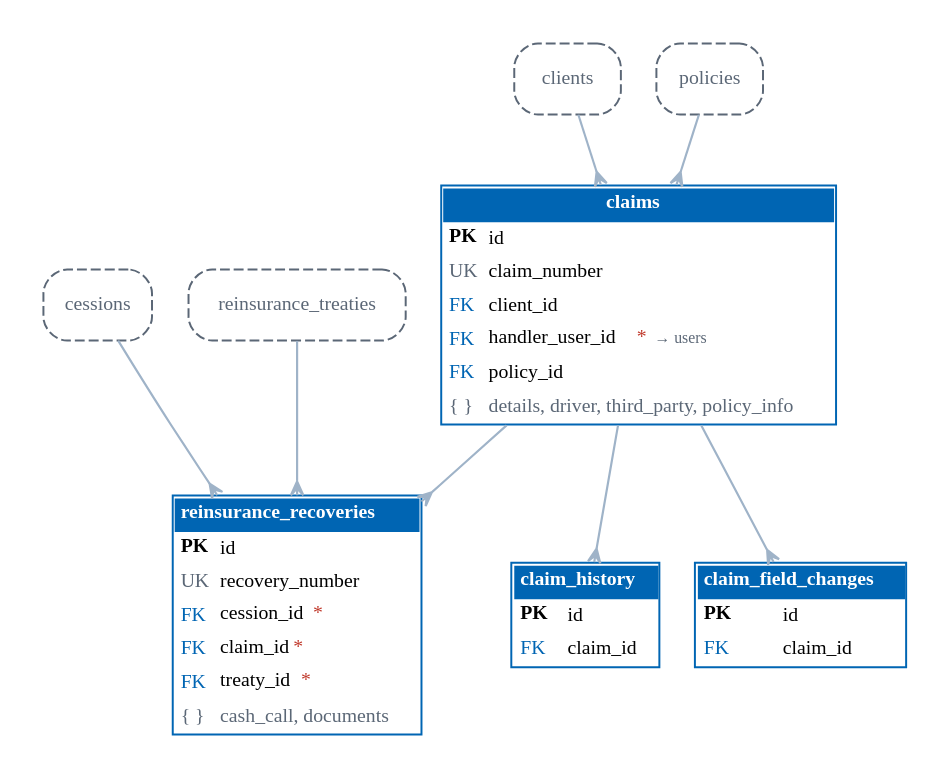
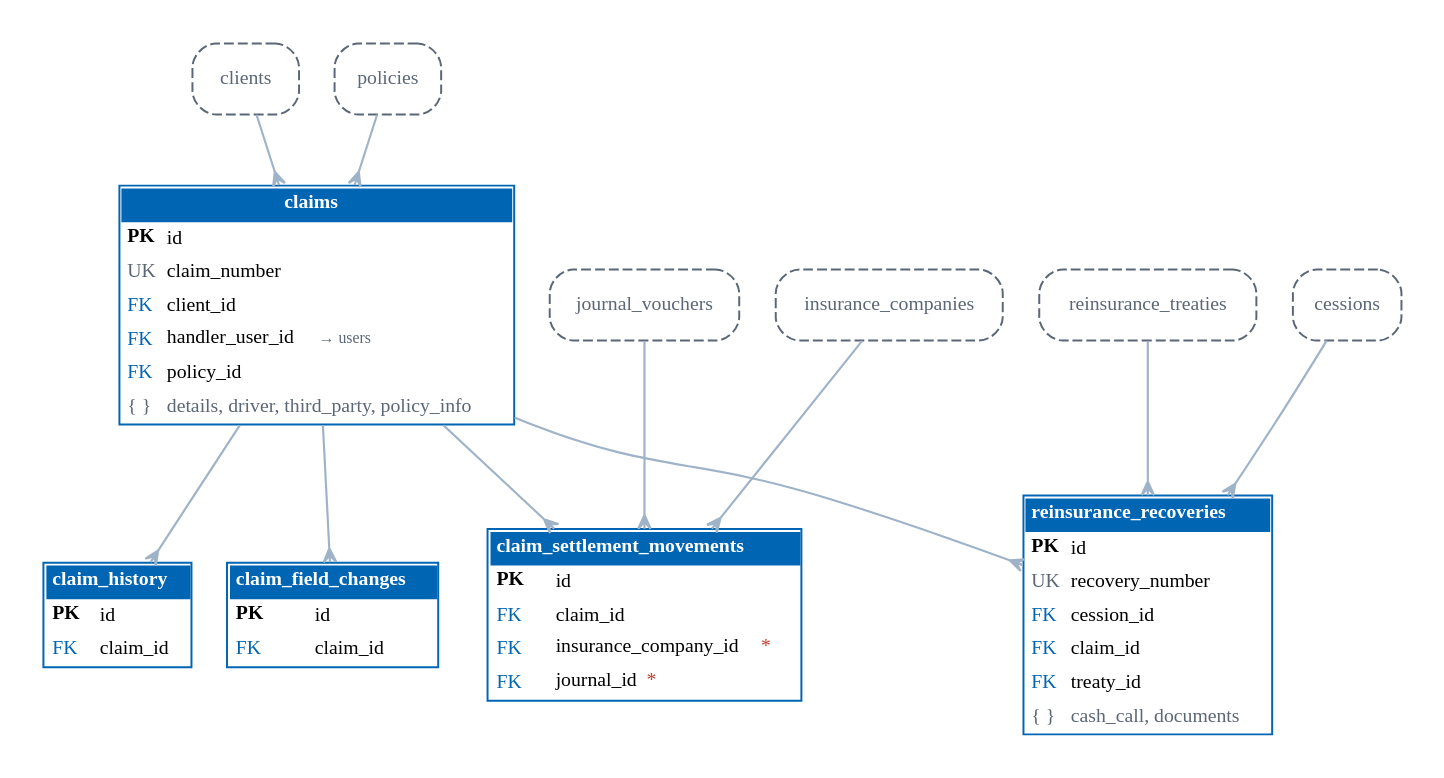
The diagram in docs/architecture/diagrams/er_claims.dot (IortaTexhNXT-DEV/BDOI-OOTB), drawn with Graphviz before and after one commit. The commit also changed 47 other files, not shown here.

First line of the commit message:
Architecture: refresh the database snapshot, table catalogue and ER diagrams

```diff
--- a/docs/architecture/diagrams/er_claims.dot
+++ b/docs/architecture/diagrams/er_claims.dot
@@ -1,21 +1,27 @@
 // Generated by tools/render_diagrams.py from tools/data/db_snapshot.json: Claims. Do not edit by hand.
 digraph ER {
   graph [rankdir=TB, splines=true, nodesep=0.25, ranksep=0.5, fontname="Nunito", bgcolor="white", pad=0.2, pack=true, packmode="array_u3"];
   node [shape=plain, fontname="Nunito", fontsize=10];
   edge [color="#9FB3C8", arrowhead=crow, arrowtail=none, dir=both, arrowsize=0.7, penwidth=1.1];
-  "claims" [label=<<table border="1" cellborder="0" cellspacing="0" cellpadding="3" color="#0065B3"><tr><td colspan="2" bgcolor="#0065B3"><font color="white"><b>claims</b></font></td></tr><tr><td align="left" balign="left"><b>PK</b></td><td align="left">id</td></tr><tr><td align="left"><font color="#5B6776">UK</font></td><td align="left">claim_number</td></tr><tr><td align="left"><font color="#0065B3">FK</font></td><td align="left">client_id</td></tr><tr><td align="left"><font color="#0065B3">FK</font></td><td align="left">handler_user_id<font color="#C0392B">*</font> <font color="#5B6776" point-size="8">&#8594; users</font></td></tr><tr><td align="left"><font color="#0065B3">FK</font></td><td align="left">policy_id</td></tr><tr><td align="left"><font color="#5B6776">{ }</font></td><td align="left"><font color="#5B6776">details, driver, third_party, policy_info</font></td></tr></table>>];
+  "claims" [label=<<table border="1" cellborder="0" cellspacing="0" cellpadding="3" color="#0065B3"><tr><td colspan="2" bgcolor="#0065B3"><font color="white"><b>claims</b></font></td></tr><tr><td align="left" balign="left"><b>PK</b></td><td align="left">id</td></tr><tr><td align="left"><font color="#5B6776">UK</font></td><td align="left">claim_number</td></tr><tr><td align="left"><font color="#0065B3">FK</font></td><td align="left">client_id</td></tr><tr><td align="left"><font color="#0065B3">FK</font></td><td align="left">handler_user_id <font color="#5B6776" point-size="8">&#8594; users</font></td></tr><tr><td align="left"><font color="#0065B3">FK</font></td><td align="left">policy_id</td></tr><tr><td align="left"><font color="#5B6776">{ }</font></td><td align="left"><font color="#5B6776">details, driver, third_party, policy_info</font></td></tr></table>>];
   "claim_history" [label=<<table border="1" cellborder="0" cellspacing="0" cellpadding="3" color="#0065B3"><tr><td colspan="2" bgcolor="#0065B3"><font color="white"><b>claim_history</b></font></td></tr><tr><td align="left" balign="left"><b>PK</b></td><td align="left">id</td></tr><tr><td align="left"><font color="#0065B3">FK</font></td><td align="left">claim_id</td></tr></table>>];
   "claim_field_changes" [label=<<table border="1" cellborder="0" cellspacing="0" cellpadding="3" color="#0065B3"><tr><td colspan="2" bgcolor="#0065B3"><font color="white"><b>claim_field_changes</b></font></td></tr><tr><td align="left" balign="left"><b>PK</b></td><td align="left">id</td></tr><tr><td align="left"><font color="#0065B3">FK</font></td><td align="left">claim_id</td></tr></table>>];
-  "reinsurance_recoveries" [label=<<table border="1" cellborder="0" cellspacing="0" cellpadding="3" color="#0065B3"><tr><td colspan="2" bgcolor="#0065B3"><font color="white"><b>reinsurance_recoveries</b></font></td></tr><tr><td align="left" balign="left"><b>PK</b></td><td align="left">id</td></tr><tr><td align="left"><font color="#5B6776">UK</font></td><td align="left">recovery_number</td></tr><tr><td align="left"><font color="#0065B3">FK</font></td><td align="left">cession_id<font color="#C0392B">*</font></td></tr><tr><td align="left"><font color="#0065B3">FK</font></td><td align="left">claim_id<font color="#C0392B">*</font></td></tr><tr><td align="left"><font color="#0065B3">FK</font></td><td align="left">treaty_id<font color="#C0392B">*</font></td></tr><tr><td align="left"><font color="#5B6776">{ }</font></td><td align="left"><font color="#5B6776">cash_call, documents</font></td></tr></table>>];
+  "claim_settlement_movements" [label=<<table border="1" cellborder="0" cellspacing="0" cellpadding="3" color="#0065B3"><tr><td colspan="2" bgcolor="#0065B3"><font color="white"><b>claim_settlement_movements</b></font></td></tr><tr><td align="left" balign="left"><b>PK</b></td><td align="left">id</td></tr><tr><td align="left"><font color="#0065B3">FK</font></td><td align="left">claim_id</td></tr><tr><td align="left"><font color="#0065B3">FK</font></td><td align="left">insurance_company_id<font color="#C0392B">*</font></td></tr><tr><td align="left"><font color="#0065B3">FK</font></td><td align="left">journal_id<font color="#C0392B">*</font></td></tr></table>>];
+  "reinsurance_recoveries" [label=<<table border="1" cellborder="0" cellspacing="0" cellpadding="3" color="#0065B3"><tr><td colspan="2" bgcolor="#0065B3"><font color="white"><b>reinsurance_recoveries</b></font></td></tr><tr><td align="left" balign="left"><b>PK</b></td><td align="left">id</td></tr><tr><td align="left"><font color="#5B6776">UK</font></td><td align="left">recovery_number</td></tr><tr><td align="left"><font color="#0065B3">FK</font></td><td align="left">cession_id</td></tr><tr><td align="left"><font color="#0065B3">FK</font></td><td align="left">claim_id</td></tr><tr><td align="left"><font color="#0065B3">FK</font></td><td align="left">treaty_id</td></tr><tr><td align="left"><font color="#5B6776">{ }</font></td><td align="left"><font color="#5B6776">cash_call, documents</font></td></tr></table>>];
   "cessions" [shape=box, style="rounded,dashed", color="#5B6776", fontcolor="#5B6776", label="cessions"];
   "clients" [shape=box, style="rounded,dashed", color="#5B6776", fontcolor="#5B6776", label="clients"];
+  "insurance_companies" [shape=box, style="rounded,dashed", color="#5B6776", fontcolor="#5B6776", label="insurance_companies"];
+  "journal_vouchers" [shape=box, style="rounded,dashed", color="#5B6776", fontcolor="#5B6776", label="journal_vouchers"];
   "policies" [shape=box, style="rounded,dashed", color="#5B6776", fontcolor="#5B6776", label="policies"];
   "reinsurance_treaties" [shape=box, style="rounded,dashed", color="#5B6776", fontcolor="#5B6776", label="reinsurance_treaties"];
   "cessions" -> "reinsurance_recoveries";
   "claims" -> "claim_field_changes";
   "claims" -> "claim_history";
+  "claims" -> "claim_settlement_movements";
   "claims" -> "reinsurance_recoveries";
   "clients" -> "claims";
+  "insurance_companies" -> "claim_settlement_movements";
+  "journal_vouchers" -> "claim_settlement_movements";
   "policies" -> "claims";
   "reinsurance_treaties" -> "reinsurance_recoveries";
 }
```
